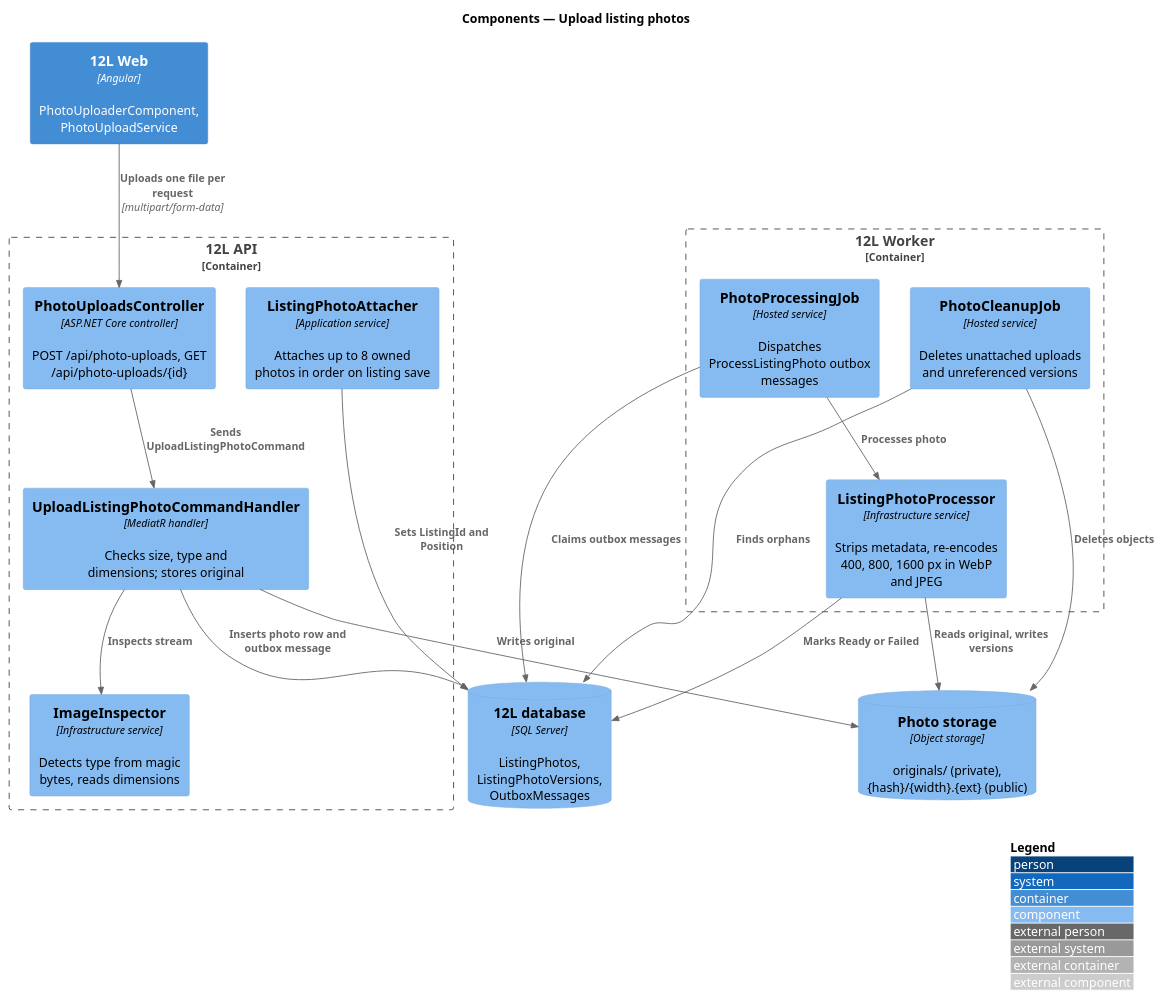
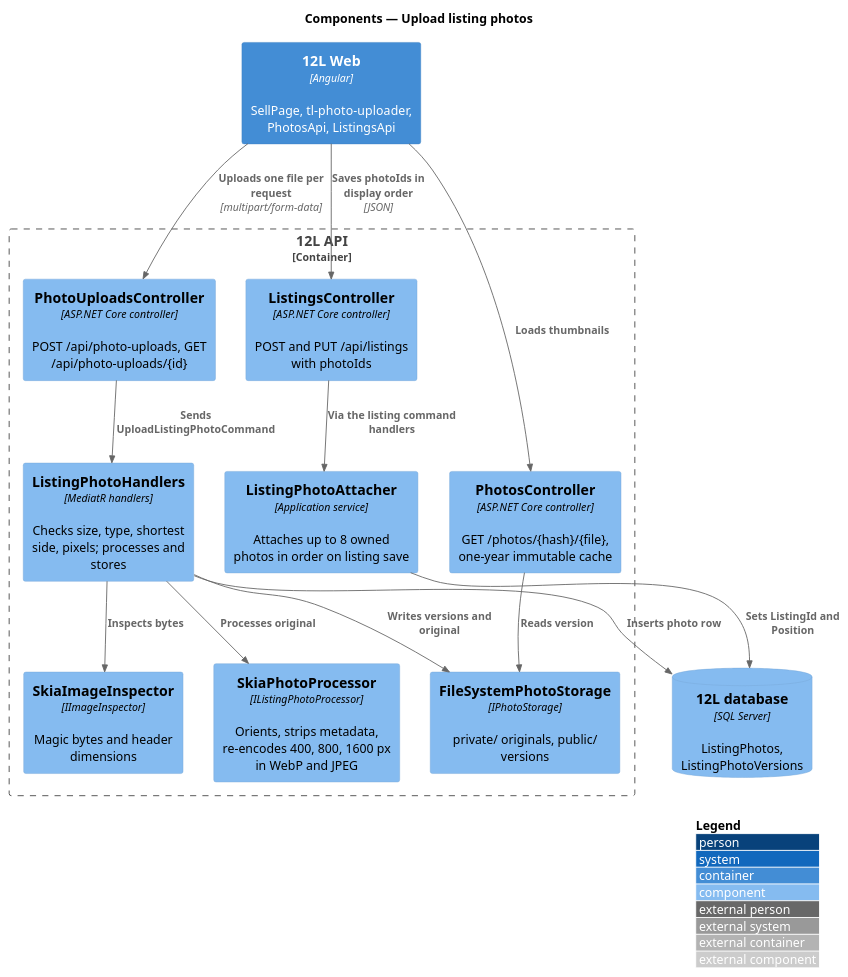
Before and after one commit to QuinntyneBrown/12l: the diagram in docs/detailed-designs/listings/upload-listing-photos/diagrams/c4-component.puml, drawn with PlantUML. The commit also changed 57 other files, not shown here.

Commit message:
Document upload-listing-photos: design, ADRs, design system, composition, estimates

```diff
--- a/docs/detailed-designs/listings/upload-listing-photos/diagrams/c4-component.puml
+++ b/docs/detailed-designs/listings/upload-listing-photos/diagrams/c4-component.puml
@@ -1,33 +1,30 @@
 @startuml
 !include <C4/C4_Component>
 LAYOUT_WITH_LEGEND()
 title Components — Upload listing photos
 
-Container(web, "12L Web", "Angular", "PhotoUploaderComponent, PhotoUploadService")
+Container(web, "12L Web", "Angular", "SellPage, tl-photo-uploader, PhotosApi, ListingsApi")
 Container_Boundary(api, "12L API") {
   Component(ctrl, "PhotoUploadsController", "ASP.NET Core controller", "POST /api/photo-uploads, GET /api/photo-uploads/{id}")
-  Component(handler, "UploadListingPhotoCommandHandler", "MediatR handler", "Checks size, type and dimensions; stores original")
-  Component(sniffer, "ImageInspector", "Infrastructure service", "Detects type from magic bytes, reads dimensions")
+  Component(photos, "PhotosController", "ASP.NET Core controller", "GET /photos/{hash}/{file}, one-year immutable cache")
+  Component(listings, "ListingsController", "ASP.NET Core controller", "POST and PUT /api/listings with photoIds")
+  Component(handler, "ListingPhotoHandlers", "MediatR handlers", "Checks size, type, shortest side, pixels; processes and stores")
   Component(attach, "ListingPhotoAttacher", "Application service", "Attaches up to 8 owned photos in order on listing save")
+  Component(inspector, "SkiaImageInspector", "IImageInspector", "Magic bytes and header dimensions")
+  Component(proc, "SkiaPhotoProcessor", "IListingPhotoProcessor", "Orients, strips metadata, re-encodes 400, 800, 1600 px in WebP and JPEG")
+  Component(store, "FileSystemPhotoStorage", "IPhotoStorage", "private/ originals, public/ versions")
 }
-Container_Boundary(worker, "12L Worker") {
-  Component(job, "PhotoProcessingJob", "Hosted service", "Dispatches ProcessListingPhoto outbox messages")
-  Component(proc, "ListingPhotoProcessor", "Infrastructure service", "Strips metadata, re-encodes 400, 800, 1600 px in WebP and JPEG")
-  Component(cleanup, "PhotoCleanupJob", "Hosted service", "Deletes unattached uploads and unreferenced versions")
-}
-ComponentDb(db, "12L database", "SQL Server", "ListingPhotos, ListingPhotoVersions, OutboxMessages")
-ComponentDb(storage, "Photo storage", "Object storage", "originals/ (private), {hash}/{width}.{ext} (public)")
+ComponentDb(db, "12L database", "SQL Server", "ListingPhotos, ListingPhotoVersions")
 
 Rel(web, ctrl, "Uploads one file per request", "multipart/form-data")
+Rel(web, listings, "Saves photoIds in display order", "JSON")
+Rel(web, photos, "Loads thumbnails")
 Rel(ctrl, handler, "Sends UploadListingPhotoCommand")
-Rel(handler, sniffer, "Inspects stream")
-Rel(handler, storage, "Writes original")
-Rel(handler, db, "Inserts photo row and outbox message")
-Rel(job, db, "Claims outbox messages")
-Rel(job, proc, "Processes photo")
-Rel(proc, storage, "Reads original, writes versions")
-Rel(proc, db, "Marks Ready or Failed")
-Rel(cleanup, db, "Finds orphans")
-Rel(cleanup, storage, "Deletes objects")
+Rel(handler, inspector, "Inspects bytes")
+Rel(handler, proc, "Processes original")
+Rel(handler, store, "Writes versions and original")
+Rel(handler, db, "Inserts photo row")
+Rel(listings, attach, "Via the listing command handlers")
 Rel(attach, db, "Sets ListingId and Position")
+Rel(photos, store, "Reads version")
 @enduml
```
